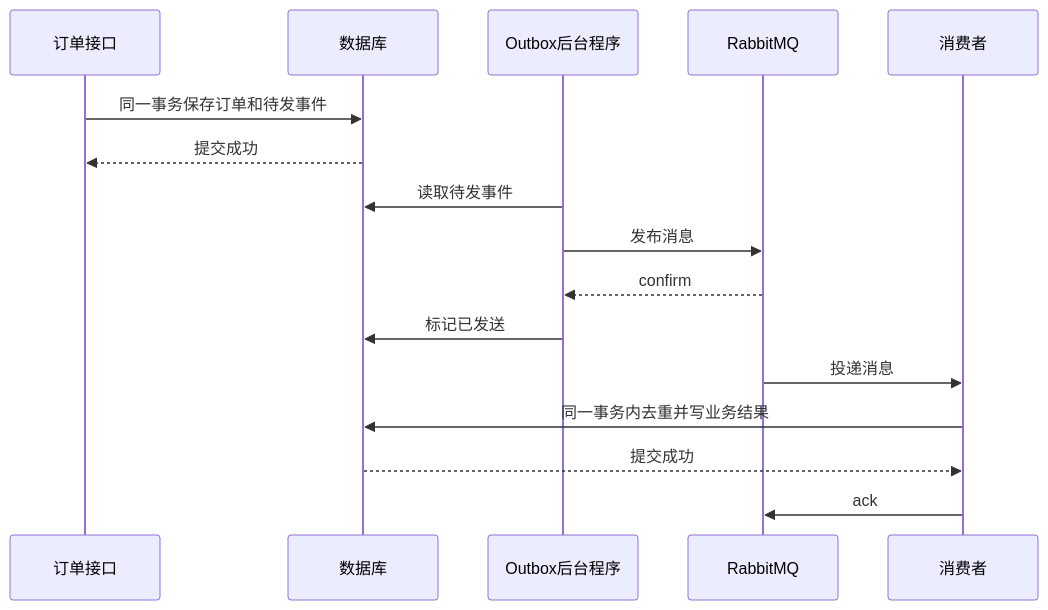
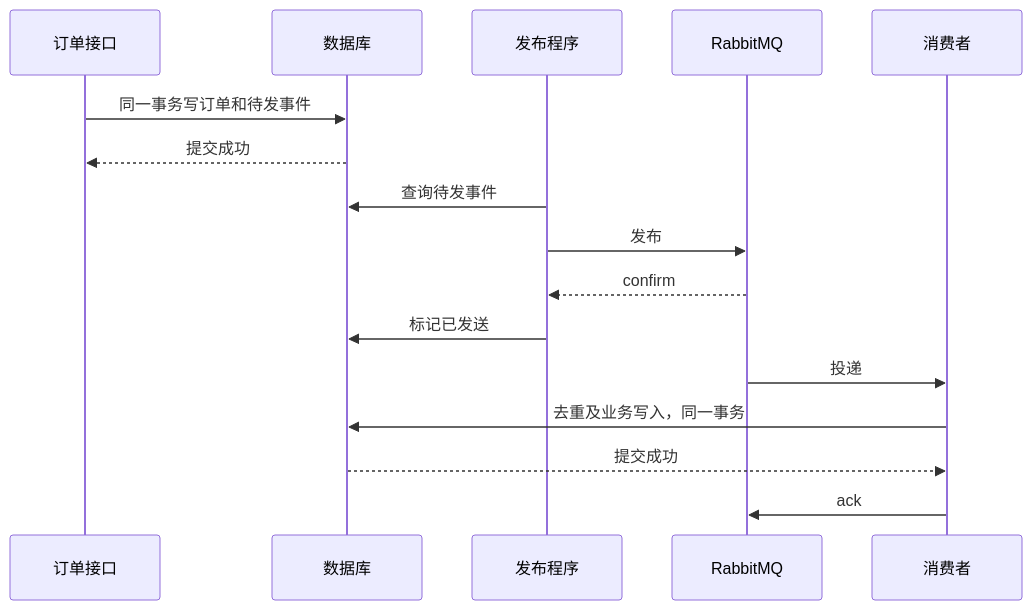
One commit to tianshiyang/ai-lab changed diagram 11 of 13 in rabbitMQ学习/README.md. Above: the diagram before and after it, drawn with Mermaid. The commit also changed other lines of this file and 2 other files, not shown here.

````diff
--- a/rabbitMQ学习/README.md
+++ b/rabbitMQ学习/README.md
@@ -1150,18 +937,18 @@
 ```mermaid
 sequenceDiagram
     participant A as 订单接口
     participant D as 数据库
-    participant W as Outbox后台程序
+    participant W as 发布程序
     participant R as RabbitMQ
     participant C as 消费者
-    A->>D: 同一事务保存订单和待发事件
+    A->>D: 同一事务写订单和待发事件
     D-->>A: 提交成功
-    W->>D: 读取待发事件
-    W->>R: 发布消息
+    W->>D: 查询待发事件
+    W->>R: 发布
     R-->>W: confirm
     W->>D: 标记已发送
-    R->>C: 投递消息
-    C->>D: 同一事务内去重并写业务结果
+    R->>C: 投递
+    C->>D: 去重及业务写入，同一事务
     D-->>C: 提交成功
     C->>R: ack
 ```
````
